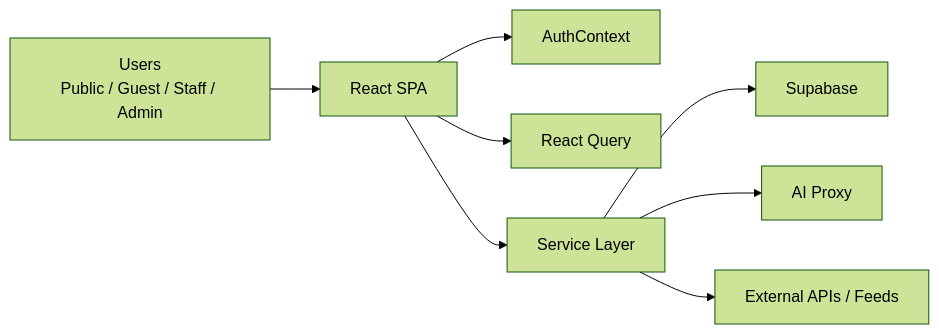
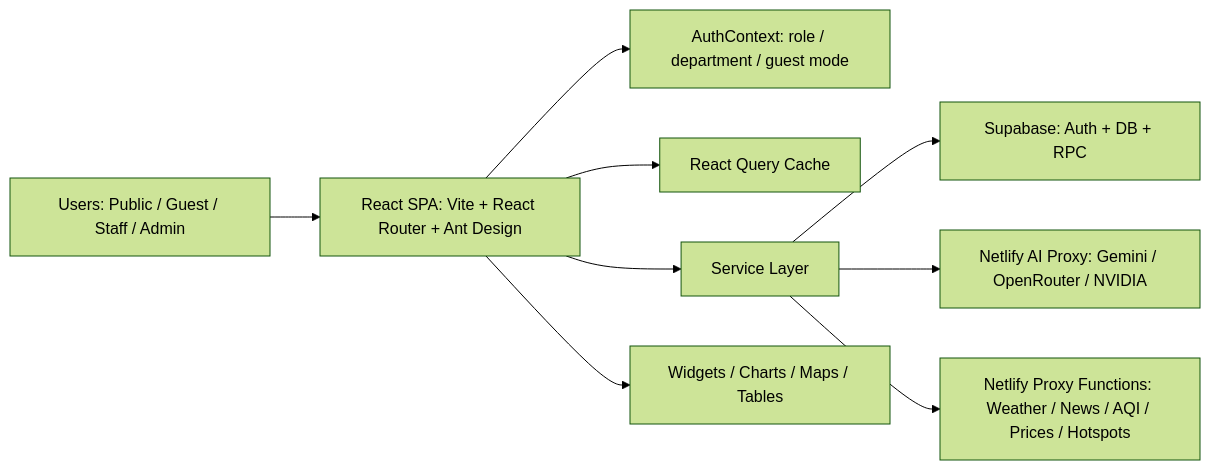
Before and after one commit to dragonfly13110/npt_dashboard: the diagram in README.md, drawn with Mermaid (forest theme). The commit also changed other lines of this file, not shown here.

````diff
--- a/README.md
+++ b/README.md
@@ -37,10 +135,11 @@
 ```mermaid
 flowchart LR
-    U["Users<br/>Public / Guest / Staff / Admin"] --> FE["React SPA"]
-    FE --> AUTH["AuthContext"]
-    FE --> QUERY["React Query"]
+    U["Users: Public / Guest / Staff / Admin"] --> FE["React SPA: Vite + React Router + Ant Design"]
+    FE --> AUTH["AuthContext: role / department / guest mode"]
+    FE --> QUERY["React Query Cache"]
     FE --> SVC["Service Layer"]
-    SVC --> SB["Supabase"]
-    SVC --> AI["AI Proxy"]
-    SVC --> EXT["External APIs / Feeds"]
+    FE --> UI["Widgets / Charts / Maps / Tables"]
+    SVC --> SB["Supabase: Auth + DB + RPC"]
+    SVC --> AI["Netlify AI Proxy: Gemini / OpenRouter / NVIDIA"]
+    SVC --> EXT["Netlify Proxy Functions: Weather / News / AQI / Prices / Hotspots"]
 ```
````
